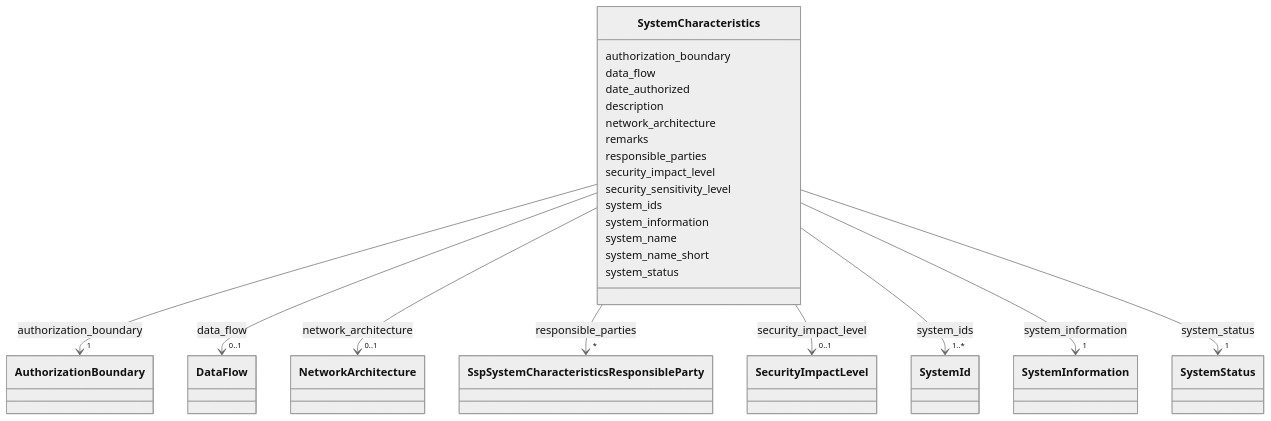
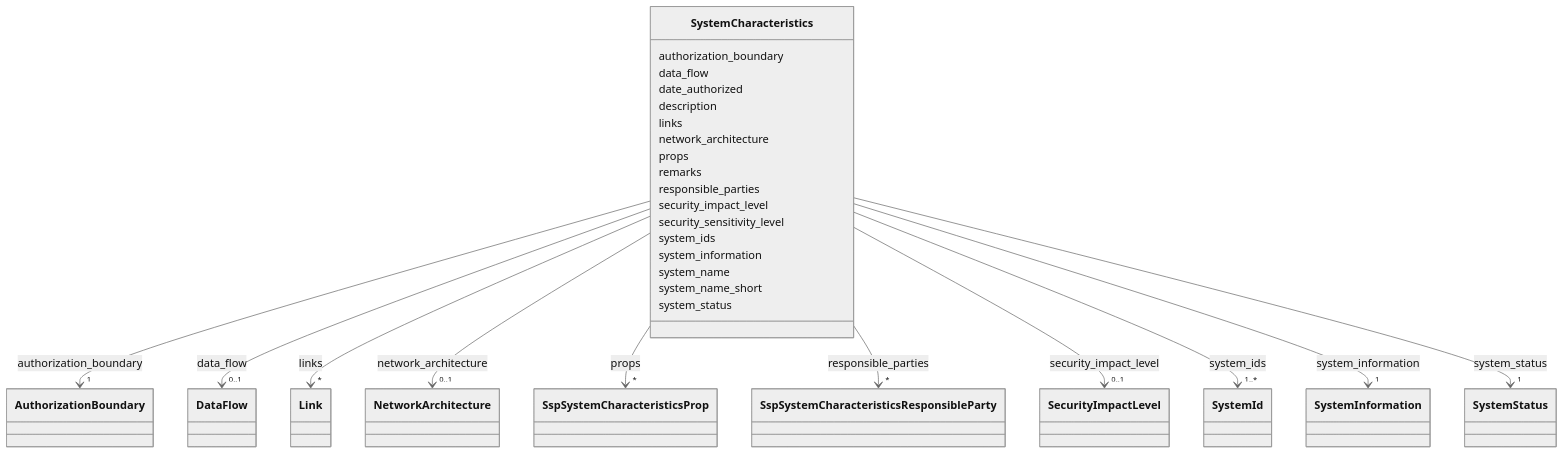
Before and after one commit to lmodel/oscal: the diagram in project/mermaid/SystemCharacteristics.md, drawn with Mermaid (neutral theme). The commit also changed 434 other files, not shown here.

Commit message:
fix(schema): stamp the modules for 1.2.3 and regenerate extended outputs

```diff
--- a/project/mermaid/SystemCharacteristics.md
+++ b/project/mermaid/SystemCharacteristics.md
@@ -31,6 +31,17 @@
         
       SystemCharacteristics : description
         
+      SystemCharacteristics : links
+        
+          
+    
+        
+        
+        SystemCharacteristics --> "*" Link : links
+        click Link href "../Link"
+    
+
+        
       SystemCharacteristics : network_architecture
         
           
@@ -39,6 +50,17 @@
         
         SystemCharacteristics --> "0..1" NetworkArchitecture : network_architecture
         click NetworkArchitecture href "../NetworkArchitecture"
+    
+
+        
+      SystemCharacteristics : props
+        
+          
+    
+        
+        
+        SystemCharacteristics --> "*" SspSystemCharacteristicsProp : props
+        click SspSystemCharacteristicsProp href "../SspSystemCharacteristicsProp"
     
 
         
```
